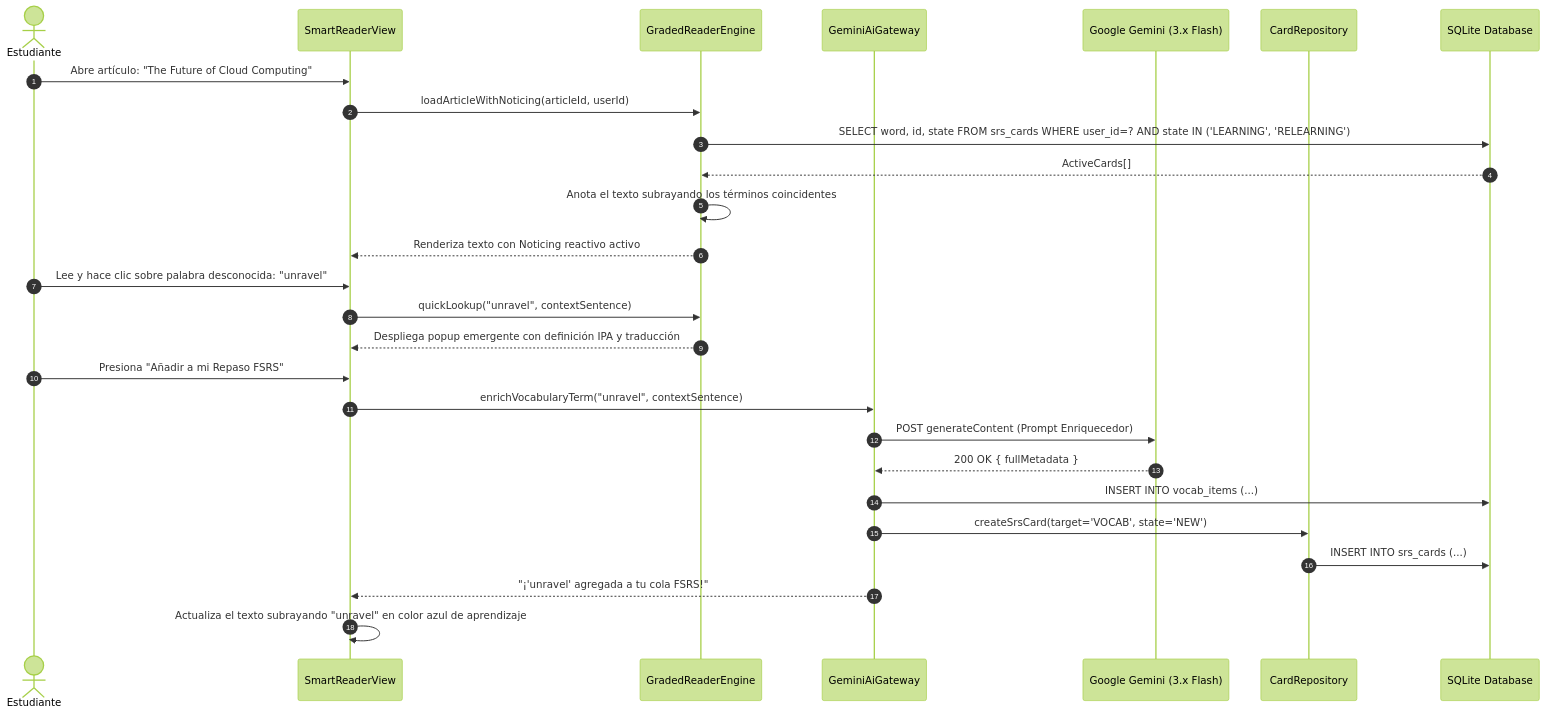
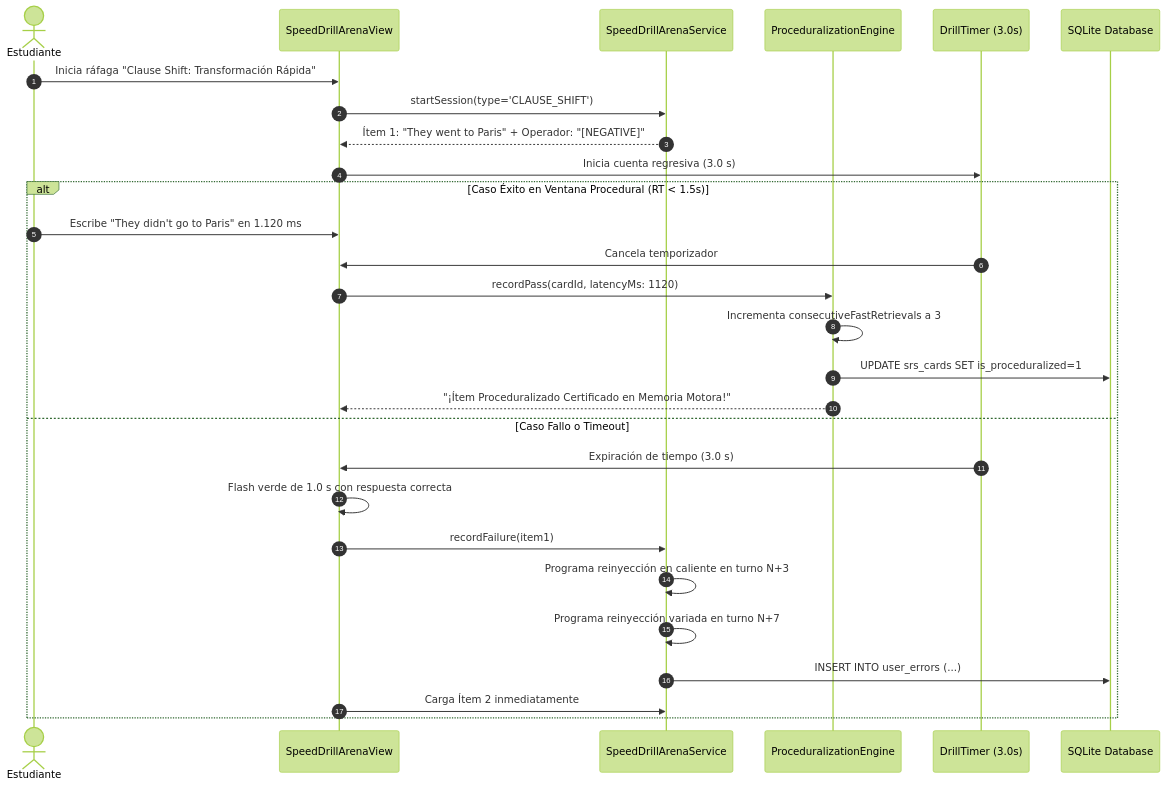
The eighth of 9 diagrams in docs/03_architecture_and_design/sequence_diagrams.md (JosGRM21/english_learning_assistant), drawn with Mermaid (forest theme) before and after one commit. The commit also changed other lines of this file and 142 other files, not shown here.

````diff
--- a/docs/03_architecture_and_design/sequence_diagrams.md
+++ b/docs/03_architecture_and_design/sequence_diagrams.md
@@ -274,32 +290,32 @@
 ```mermaid
 sequenceDiagram
     autonumber
     actor User as Estudiante
-    participant UI as SmartReaderView
-    participant ReaderEngine as GradedReaderEngine
-    participant AiGateway as GeminiAiGateway
-    participant Gemini as Google Gemini (3.x Flash)
-    participant CardRepo as CardRepository
+    participant UI as SpeedDrillArenaView
+    participant DrillEngine as SpeedDrillArenaService
+    participant ProceduralEngine as ProceduralizationEngine
+    participant Timer as DrillTimer (3.0s)
     participant DB as SQLite Database
 
-    User->>UI: Abre artículo: "The Future of Cloud Computing"
-    UI->>ReaderEngine: loadArticleWithNoticing(articleId, userId)
-    ReaderEngine->>DB: SELECT word, id, state FROM srs_cards WHERE user_id=? AND state IN ('LEARNING', 'RELEARNING')
-    DB-->>ReaderEngine: ActiveCards[]
-    ReaderEngine->>ReaderEngine: Anota el texto subrayando los términos coincidentes
-    ReaderEngine-->>UI: Renderiza texto con Noticing reactivo activo
+    User->>UI: Inicia ráfaga "Clause Shift: Transformación Rápida"
+    UI->>DrillEngine: startSession(type='CLAUSE_SHIFT')
+    DrillEngine-->>UI: Ítem 1: "They went to Paris" + Operador: "[NEGATIVE]"
+    UI->>Timer: Inicia cuenta regresiva (3.0 s)
 
-    User->>UI: Lee y hace clic sobre palabra desconocida: "unravel"
-    UI->>ReaderEngine: quickLookup("unravel", contextSentence)
-    ReaderEngine-->>UI: Despliega popup emergente con definición IPA y traducción
-    
-    User->>UI: Presiona "Añadir a mi Repaso FSRS"
-    UI->>AiGateway: enrichVocabularyTerm("unravel", contextSentence)
-    AiGateway->>Gemini: POST generateContent (Prompt Enriquecedor)
-    Gemini-->>AiGateway: 200 OK { fullMetadata }
-    AiGateway->>DB: INSERT INTO vocab_items (...)
-    AiGateway->>CardRepo: createSrsCard(target='VOCAB', state='NEW')
-    CardRepo->>DB: INSERT INTO srs_cards (...)
-    AiGateway-->>UI: "¡'unravel' agregada a tu cola FSRS!"
-    UI->>UI: Actualiza el texto subrayando "unravel" en color azul de aprendizaje
+    alt Caso Éxito en Ventana Procedural (RT < 1.5s)
+        User->>UI: Escribe "They didn't go to Paris" en 1.120 ms
+        Timer->>UI: Cancela temporizador
+        UI->>ProceduralEngine: recordPass(cardId, latencyMs: 1120)
+        ProceduralEngine->>ProceduralEngine: Incrementa consecutiveFastRetrievals a 3
+        ProceduralEngine->>DB: UPDATE srs_cards SET is_proceduralized=1
+        ProceduralEngine-->>UI: "¡Ítem Proceduralizado Certificado en Memoria Motora!"
+    else Caso Fallo o Timeout
+        Timer->>UI: Expiración de tiempo (3.0 s)
+        UI->>UI: Flash verde de 1.0 s con respuesta correcta
+        UI->>DrillEngine: recordFailure(item1)
+        DrillEngine->>DrillEngine: Programa reinyección en caliente en turno N+3
+        DrillEngine->>DrillEngine: Programa reinyección variada en turno N+7
+        DrillEngine->>DB: INSERT INTO user_errors (...)
+        UI->>DrillEngine: Carga Ítem 2 inmediatamente
+    end
 ```
````
